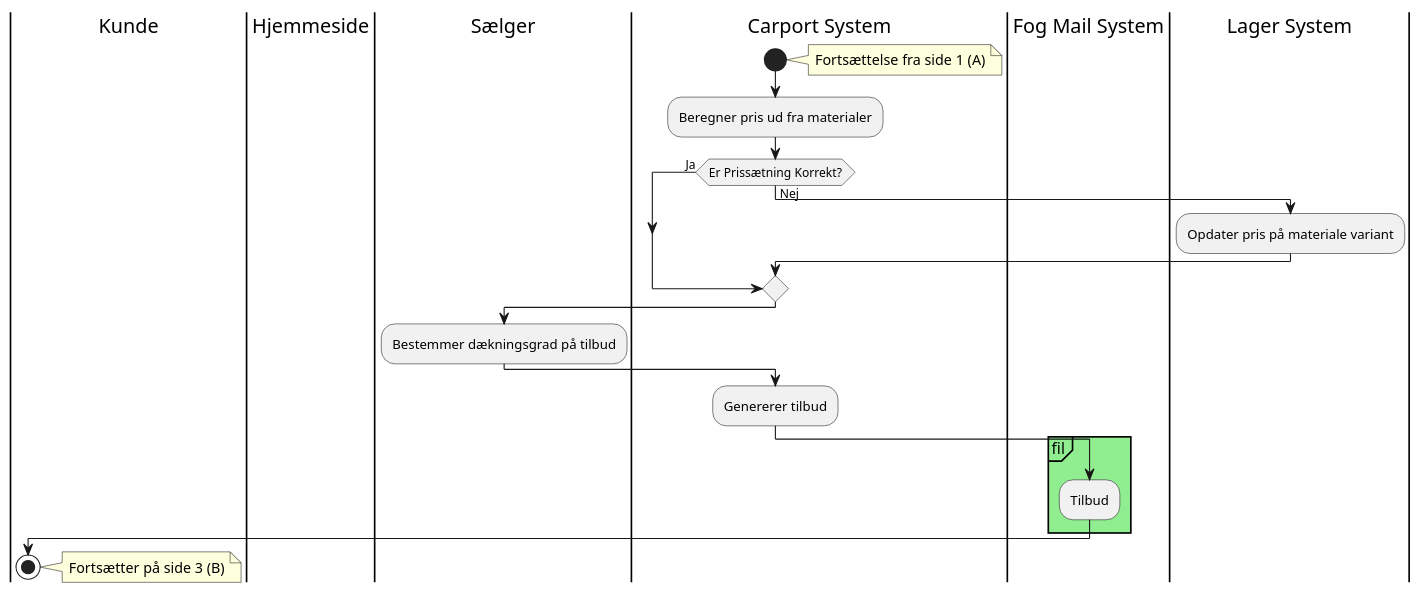
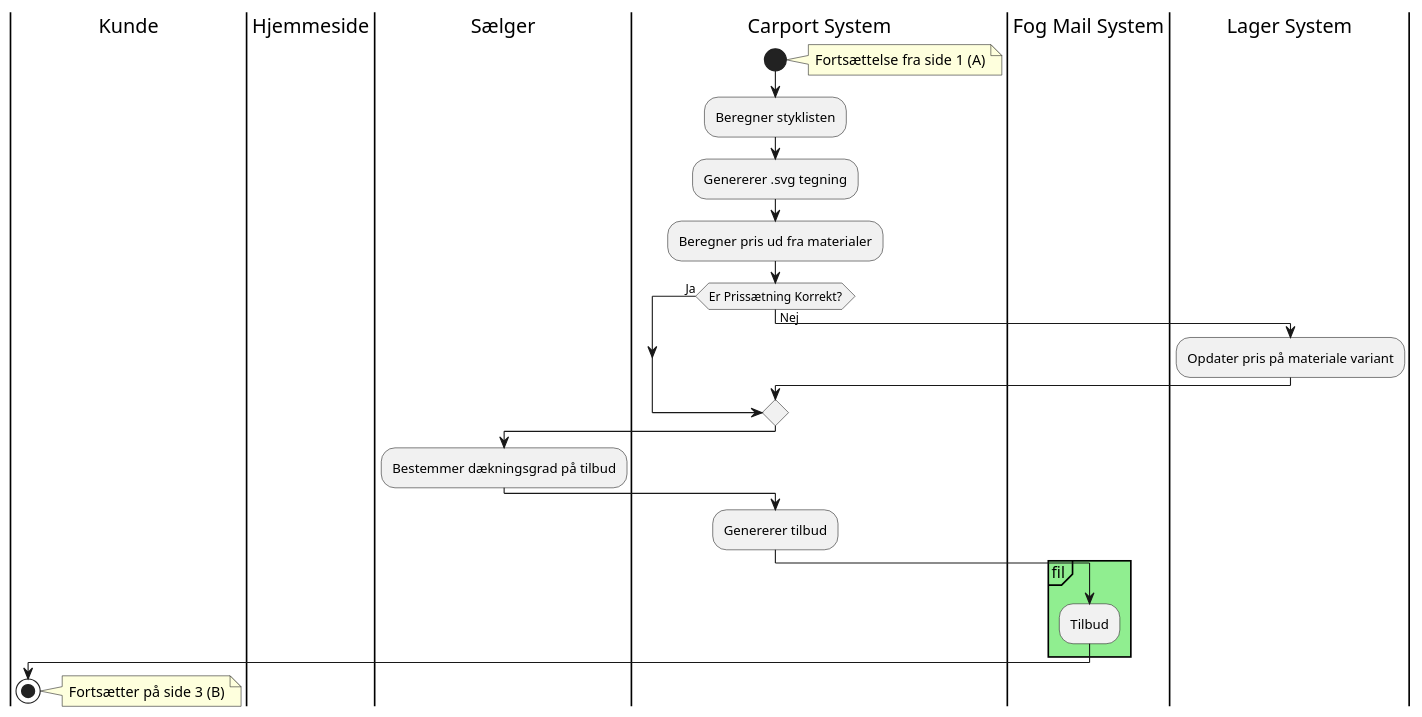
The diagram in docs/models/activity-as-is-part-2.puml (DHangaard/fog-carport), drawn with PlantUML before and after one commit. The commit also changed 1 other file, not shown here.

```diff
--- a/docs/models/activity-as-is-part-2.puml
+++ b/docs/models/activity-as-is-part-2.puml
@@ -1,35 +1,36 @@
 @startuml
 |Kunde|
 |Hjemmeside|
 |Sælger|
 |Carport System|
 |Fog Mail System|
 |Lager System|
 
 |Carport System|
 start
 note right: Fortsættelse fra side 1 (A)
-
+:Beregner styklisten;
+:Genererer .svg tegning;
 :Beregner pris ud fra materialer;
 if (Er Prissætning Korrekt?) then (Ja)
 else (Nej)
     |Lager System|
     :Opdater pris på materiale variant;
 endif
 
 |Sælger|
 :Bestemmer dækningsgrad på tilbud;
 
 |Carport System|
 :Genererer tilbud;
 
 |Fog Mail System|
 partition fil #LightGreen {
 :Tilbud;
 }
 
 
 |Kunde|
 stop
 note right: Fortsætter på side 3 (B)
 @enduml
```
